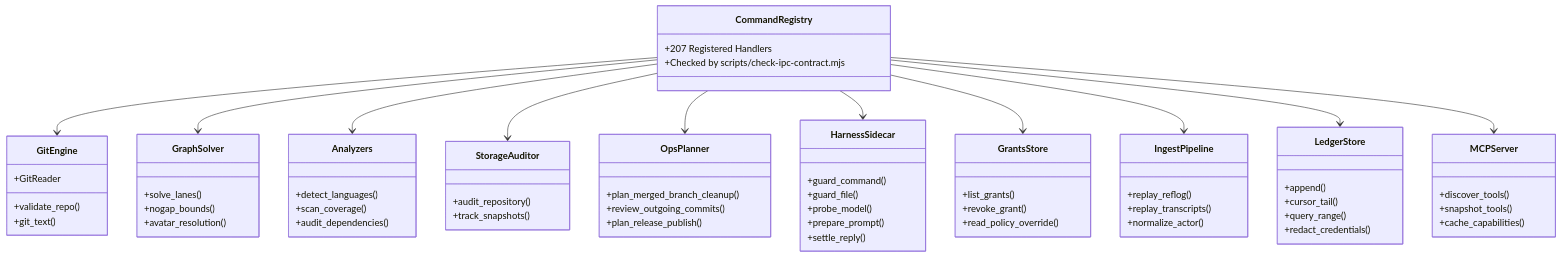
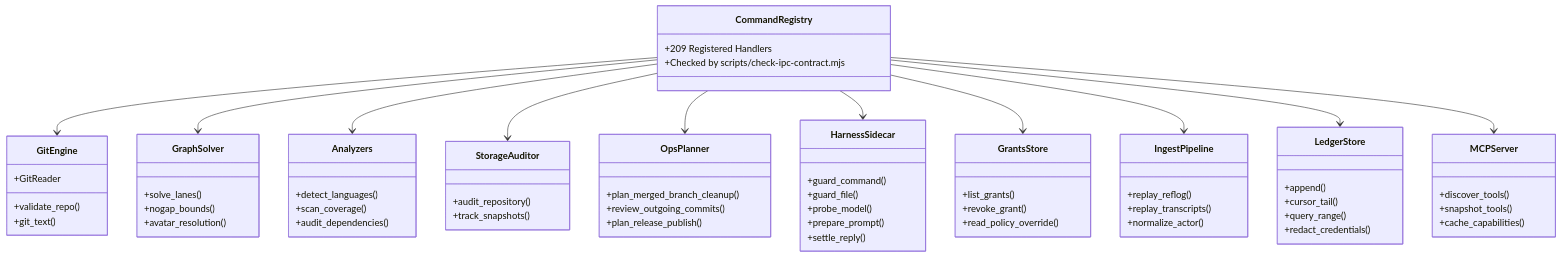
One commit to bharathvbcr/GitPulse changed the third of 4 diagrams in docs/ARCHITECTURE.md. Above: the diagram before and after it, drawn with Mermaid. The commit also changed other lines of this file and 15 other files, not shown here.

````diff
--- a/docs/ARCHITECTURE.md
+++ b/docs/ARCHITECTURE.md
@@ -183,70 +183,70 @@
 ```mermaid
 classDiagram
     class CommandRegistry {
-        +207 Registered Handlers
+        +209 Registered Handlers
         +Checked by scripts/check-ipc-contract.mjs
     }
     class GitEngine {
         +validate_repo()
         +git_text()
         +GitReader
     }
     class GraphSolver {
         +solve_lanes()
         +nogap_bounds()
         +avatar_resolution()
     }
     class Analyzers {
         +detect_languages()
         +scan_coverage()
         +audit_dependencies()
     }
     class StorageAuditor {
         +audit_repository()
         +track_snapshots()
     }
     class GrantsStore {
         +list_grants()
         +revoke_grant()
         +read_policy_override()
     }
     class IngestPipeline {
         +replay_reflog()
         +replay_transcripts()
         +normalize_actor()
     }
     class LedgerStore {
         +append()
         +cursor_tail()
         +query_range()
         +redact_credentials()
     }
     class OpsPlanner {
         +plan_merged_branch_cleanup()
         +review_outgoing_commits()
         +plan_release_publish()
     }
     class MCPServer {
         +discover_tools()
         +snapshot_tools()
         +cache_capabilities()
     }
     class HarnessSidecar {
         +guard_command()
         +guard_file()
         +probe_model()
         +prepare_prompt()
         +settle_reply()
     }
 
     CommandRegistry --> GitEngine
     CommandRegistry --> GraphSolver
     CommandRegistry --> Analyzers
     CommandRegistry --> StorageAuditor
     CommandRegistry --> OpsPlanner
     CommandRegistry --> HarnessSidecar
     CommandRegistry --> GrantsStore
     CommandRegistry --> IngestPipeline
     CommandRegistry --> LedgerStore
     CommandRegistry --> MCPServer
 ```
````
